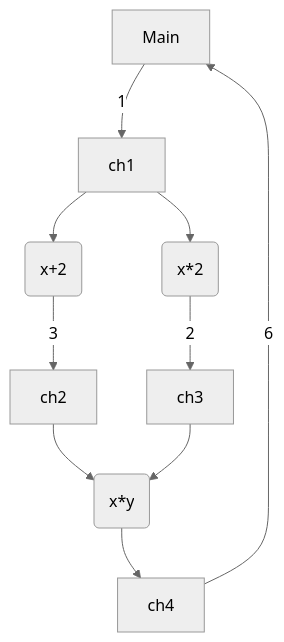
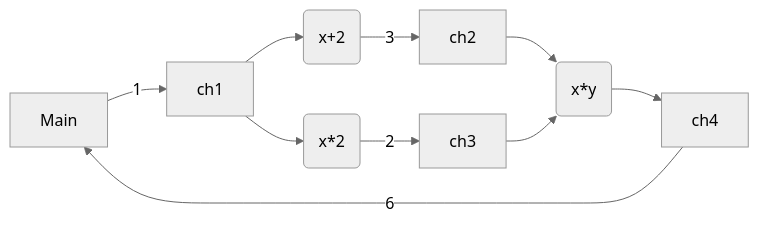
Before and after one commit to akiradeveloper/csplib: the second of 2 diagrams in README.md, drawn with Mermaid (neutral theme). The commit also changed other lines of this file, not shown here.

````diff
--- a/README.md
+++ b/README.md
@@ -56,12 +56,12 @@
 ```mermaid
-flowchart TD
+flowchart LR
   Main -->|1| ch1
   ch1 --> P1(x+2)
   ch1 --> P2(x*2)
   P1 -->|3| ch2
   P2 -->|2| ch3
   ch2 --> P4(x*y)
   ch3 --> P4
   P4 --> ch4
   ch4 -->|6| Main
 ```
````
